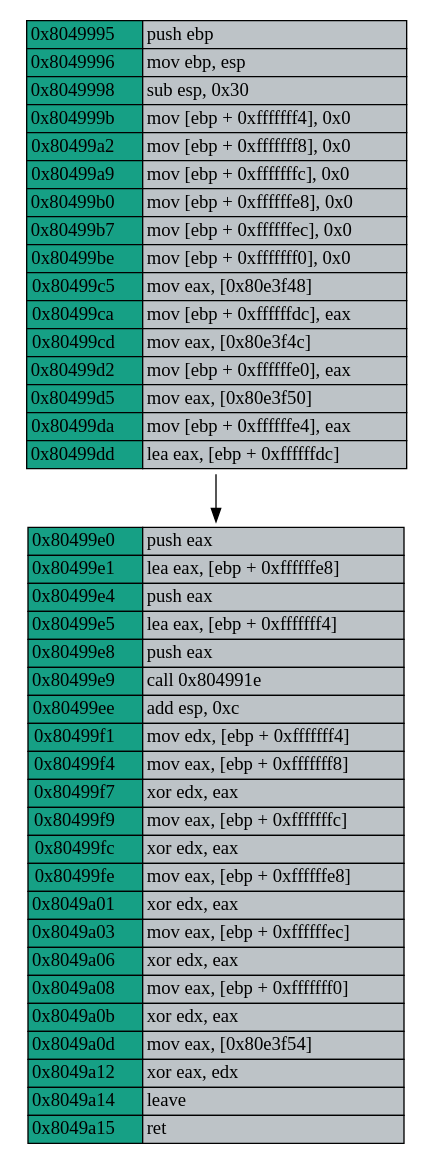
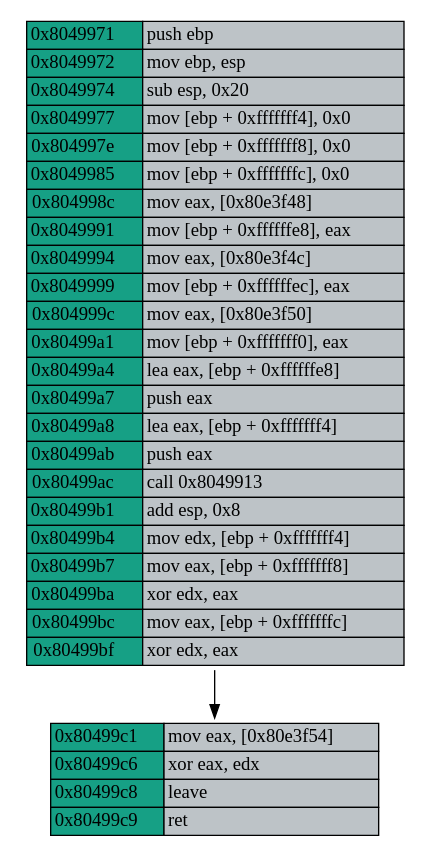
One commit to Nicolnegg/researh changed the diagram in VM/tools-paper/Benchmarks/ct-sort/function_cfg.dot. Above: the diagram before and after it, drawn with Graphviz. The commit also changed 35 other files, not shown here.

```diff
--- a/VM/tools-paper/Benchmarks/ct-sort/function_cfg.dot
+++ b/VM/tools-paper/Benchmarks/ct-sort/function_cfg.dot
@@ -1,51 +1,40 @@
 digraph G {
   node [shape=plaintext, ];
-  294025366 [label=<<table border="0" cellspacing="0">
-<tr><td border="1" bgcolor="#16a085">0x8049995</td><td border="1" bgcolor="#bdc3c7" align="left">push ebp</td></tr>
-<tr><td border="1" bgcolor="#16a085">0x8049996</td><td border="1" bgcolor="#bdc3c7" align="left">mov ebp, esp</td></tr>
-<tr><td border="1" bgcolor="#16a085">0x8049998</td><td border="1" bgcolor="#bdc3c7" align="left">sub esp, 0x30</td></tr>
-<tr><td border="1" bgcolor="#16a085">0x804999b</td><td border="1" bgcolor="#bdc3c7" align="left">mov [ebp + 0xfffffff4], 0x0</td></tr>
-<tr><td border="1" bgcolor="#16a085">0x80499a2</td><td border="1" bgcolor="#bdc3c7" align="left">mov [ebp + 0xfffffff8], 0x0</td></tr>
-<tr><td border="1" bgcolor="#16a085">0x80499a9</td><td border="1" bgcolor="#bdc3c7" align="left">mov [ebp + 0xfffffffc], 0x0</td></tr>
-<tr><td border="1" bgcolor="#16a085">0x80499b0</td><td border="1" bgcolor="#bdc3c7" align="left">mov [ebp + 0xffffffe8], 0x0</td></tr>
-<tr><td border="1" bgcolor="#16a085">0x80499b7</td><td border="1" bgcolor="#bdc3c7" align="left">mov [ebp + 0xffffffec], 0x0</td></tr>
-<tr><td border="1" bgcolor="#16a085">0x80499be</td><td border="1" bgcolor="#bdc3c7" align="left">mov [ebp + 0xfffffff0], 0x0</td></tr>
-<tr><td border="1" bgcolor="#16a085">0x80499c5</td><td border="1" bgcolor="#bdc3c7" align="left">mov eax, [0x80e3f48]</td></tr>
-<tr><td border="1" bgcolor="#16a085">0x80499ca</td><td border="1" bgcolor="#bdc3c7" align="left">mov [ebp + 0xffffffdc], eax</td></tr>
-<tr><td border="1" bgcolor="#16a085">0x80499cd</td><td border="1" bgcolor="#bdc3c7" align="left">mov eax, [0x80e3f4c]</td></tr>
-<tr><td border="1" bgcolor="#16a085">0x80499d2</td><td border="1" bgcolor="#bdc3c7" align="left">mov [ebp + 0xffffffe0], eax</td></tr>
-<tr><td border="1" bgcolor="#16a085">0x80499d5</td><td border="1" bgcolor="#bdc3c7" align="left">mov eax, [0x80e3f50]</td></tr>
-<tr><td border="1" bgcolor="#16a085">0x80499da</td><td border="1" bgcolor="#bdc3c7" align="left">mov [ebp + 0xffffffe4], eax</td></tr>
-<tr><td border="1" bgcolor="#16a085">0x80499dd</td><td border="1" bgcolor="#bdc3c7" align="left">lea eax, [ebp + 0xffffffdc]</td></tr>
+  1072729305 [label=<<table border="0" cellspacing="0">
+<tr><td border="1" bgcolor="#16a085">0x80499c1</td><td border="1" bgcolor="#bdc3c7" align="left">mov eax, [0x80e3f54]</td></tr>
+<tr><td border="1" bgcolor="#16a085">0x80499c6</td><td border="1" bgcolor="#bdc3c7" align="left">xor eax, edx</td></tr>
+<tr><td border="1" bgcolor="#16a085">0x80499c8</td><td border="1" bgcolor="#bdc3c7" align="left">leave</td></tr>
+<tr><td border="1" bgcolor="#16a085">0x80499c9</td><td border="1" bgcolor="#bdc3c7" align="left">ret</td></tr>
 </table>>,
-             ];
-  567706865 [label=<<table border="0" cellspacing="0">
-<tr><td border="1" bgcolor="#16a085">0x80499e0</td><td border="1" bgcolor="#bdc3c7" align="left">push eax</td></tr>
-<tr><td border="1" bgcolor="#16a085">0x80499e1</td><td border="1" bgcolor="#bdc3c7" align="left">lea eax, [ebp + 0xffffffe8]</td></tr>
-<tr><td border="1" bgcolor="#16a085">0x80499e4</td><td border="1" bgcolor="#bdc3c7" align="left">push eax</td></tr>
-<tr><td border="1" bgcolor="#16a085">0x80499e5</td><td border="1" bgcolor="#bdc3c7" align="left">lea eax, [ebp + 0xfffffff4]</td></tr>
-<tr><td border="1" bgcolor="#16a085">0x80499e8</td><td border="1" bgcolor="#bdc3c7" align="left">push eax</td></tr>
-<tr><td border="1" bgcolor="#16a085">0x80499e9</td><td border="1" bgcolor="#bdc3c7" align="left">call 0x804991e</td></tr>
-<tr><td border="1" bgcolor="#16a085">0x80499ee</td><td border="1" bgcolor="#bdc3c7" align="left">add esp, 0xc</td></tr>
-<tr><td border="1" bgcolor="#16a085">0x80499f1</td><td border="1" bgcolor="#bdc3c7" align="left">mov edx, [ebp + 0xfffffff4]</td></tr>
-<tr><td border="1" bgcolor="#16a085">0x80499f4</td><td border="1" bgcolor="#bdc3c7" align="left">mov eax, [ebp + 0xfffffff8]</td></tr>
-<tr><td border="1" bgcolor="#16a085">0x80499f7</td><td border="1" bgcolor="#bdc3c7" align="left">xor edx, eax</td></tr>
-<tr><td border="1" bgcolor="#16a085">0x80499f9</td><td border="1" bgcolor="#bdc3c7" align="left">mov eax, [ebp + 0xfffffffc]</td></tr>
-<tr><td border="1" bgcolor="#16a085">0x80499fc</td><td border="1" bgcolor="#bdc3c7" align="left">xor edx, eax</td></tr>
-<tr><td border="1" bgcolor="#16a085">0x80499fe</td><td border="1" bgcolor="#bdc3c7" align="left">mov eax, [ebp + 0xffffffe8]</td></tr>
-<tr><td border="1" bgcolor="#16a085">0x8049a01</td><td border="1" bgcolor="#bdc3c7" align="left">xor edx, eax</td></tr>
-<tr><td border="1" bgcolor="#16a085">0x8049a03</td><td border="1" bgcolor="#bdc3c7" align="left">mov eax, [ebp + 0xffffffec]</td></tr>
-<tr><td border="1" bgcolor="#16a085">0x8049a06</td><td border="1" bgcolor="#bdc3c7" align="left">xor edx, eax</td></tr>
-<tr><td border="1" bgcolor="#16a085">0x8049a08</td><td border="1" bgcolor="#bdc3c7" align="left">mov eax, [ebp + 0xfffffff0]</td></tr>
-<tr><td border="1" bgcolor="#16a085">0x8049a0b</td><td border="1" bgcolor="#bdc3c7" align="left">xor edx, eax</td></tr>
-<tr><td border="1" bgcolor="#16a085">0x8049a0d</td><td border="1" bgcolor="#bdc3c7" align="left">mov eax, [0x80e3f54]</td></tr>
-<tr><td border="1" bgcolor="#16a085">0x8049a12</td><td border="1" bgcolor="#bdc3c7" align="left">xor eax, edx</td></tr>
-<tr><td border="1" bgcolor="#16a085">0x8049a14</td><td border="1" bgcolor="#bdc3c7" align="left">leave</td></tr>
-<tr><td border="1" bgcolor="#16a085">0x8049a15</td><td border="1" bgcolor="#bdc3c7" align="left">ret</td></tr>
+              ];
+  679556068 [label=<<table border="0" cellspacing="0">
+<tr><td border="1" bgcolor="#16a085">0x8049971</td><td border="1" bgcolor="#bdc3c7" align="left">push ebp</td></tr>
+<tr><td border="1" bgcolor="#16a085">0x8049972</td><td border="1" bgcolor="#bdc3c7" align="left">mov ebp, esp</td></tr>
+<tr><td border="1" bgcolor="#16a085">0x8049974</td><td border="1" bgcolor="#bdc3c7" align="left">sub esp, 0x20</td></tr>
+<tr><td border="1" bgcolor="#16a085">0x8049977</td><td border="1" bgcolor="#bdc3c7" align="left">mov [ebp + 0xfffffff4], 0x0</td></tr>
+<tr><td border="1" bgcolor="#16a085">0x804997e</td><td border="1" bgcolor="#bdc3c7" align="left">mov [ebp + 0xfffffff8], 0x0</td></tr>
+<tr><td border="1" bgcolor="#16a085">0x8049985</td><td border="1" bgcolor="#bdc3c7" align="left">mov [ebp + 0xfffffffc], 0x0</td></tr>
+<tr><td border="1" bgcolor="#16a085">0x804998c</td><td border="1" bgcolor="#bdc3c7" align="left">mov eax, [0x80e3f48]</td></tr>
+<tr><td border="1" bgcolor="#16a085">0x8049991</td><td border="1" bgcolor="#bdc3c7" align="left">mov [ebp + 0xffffffe8], eax</td></tr>
+<tr><td border="1" bgcolor="#16a085">0x8049994</td><td border="1" bgcolor="#bdc3c7" align="left">mov eax, [0x80e3f4c]</td></tr>
+<tr><td border="1" bgcolor="#16a085">0x8049999</td><td border="1" bgcolor="#bdc3c7" align="left">mov [ebp + 0xffffffec], eax</td></tr>
+<tr><td border="1" bgcolor="#16a085">0x804999c</td><td border="1" bgcolor="#bdc3c7" align="left">mov eax, [0x80e3f50]</td></tr>
+<tr><td border="1" bgcolor="#16a085">0x80499a1</td><td border="1" bgcolor="#bdc3c7" align="left">mov [ebp + 0xfffffff0], eax</td></tr>
+<tr><td border="1" bgcolor="#16a085">0x80499a4</td><td border="1" bgcolor="#bdc3c7" align="left">lea eax, [ebp + 0xffffffe8]</td></tr>
+<tr><td border="1" bgcolor="#16a085">0x80499a7</td><td border="1" bgcolor="#bdc3c7" align="left">push eax</td></tr>
+<tr><td border="1" bgcolor="#16a085">0x80499a8</td><td border="1" bgcolor="#bdc3c7" align="left">lea eax, [ebp + 0xfffffff4]</td></tr>
+<tr><td border="1" bgcolor="#16a085">0x80499ab</td><td border="1" bgcolor="#bdc3c7" align="left">push eax</td></tr>
+<tr><td border="1" bgcolor="#16a085">0x80499ac</td><td border="1" bgcolor="#bdc3c7" align="left">call 0x8049913</td></tr>
+<tr><td border="1" bgcolor="#16a085">0x80499b1</td><td border="1" bgcolor="#bdc3c7" align="left">add esp, 0x8</td></tr>
+<tr><td border="1" bgcolor="#16a085">0x80499b4</td><td border="1" bgcolor="#bdc3c7" align="left">mov edx, [ebp + 0xfffffff4]</td></tr>
+<tr><td border="1" bgcolor="#16a085">0x80499b7</td><td border="1" bgcolor="#bdc3c7" align="left">mov eax, [ebp + 0xfffffff8]</td></tr>
+<tr><td border="1" bgcolor="#16a085">0x80499ba</td><td border="1" bgcolor="#bdc3c7" align="left">xor edx, eax</td></tr>
+<tr><td border="1" bgcolor="#16a085">0x80499bc</td><td border="1" bgcolor="#bdc3c7" align="left">mov eax, [ebp + 0xfffffffc]</td></tr>
+<tr><td border="1" bgcolor="#16a085">0x80499bf</td><td border="1" bgcolor="#bdc3c7" align="left">xor edx, eax</td></tr>
 </table>>,
              ];
   
   
-  294025366 -> 567706865 [minlen=1, ];
+  679556068 -> 1072729305 [minlen=1, ];
   
   }
```
